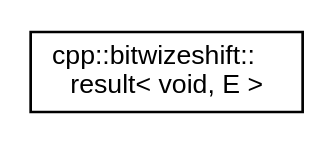
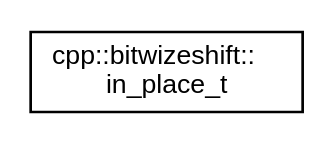
The diagram in api/latest/inherit_graph_7.dot (bitwizeshift/result), drawn with Graphviz before and after one commit. The commit also changed 170 other files, not shown here.

```diff
--- a/api/latest/inherit_graph_7.dot
+++ b/api/latest/inherit_graph_7.dot
@@ -1,7 +1,8 @@
 digraph "Graphical Class Hierarchy"
 {
+ // LATEX_PDF_SIZE
   edge [fontname="Helvetica",fontsize="10",labelfontname="Helvetica",labelfontsize="10"];
   node [fontname="Helvetica",fontsize="10",shape=record];
   rankdir="LR";
-  Node0 [label="cpp::bitwizeshift::\lresult\< void, E \>",height=0.2,width=0.4,color="black", fillcolor="white", style="filled",URL="$df/dae/classcpp_1_1bitwizeshift_1_1result_3_01void_00_01_e_01_4.html",tooltip="Partial specialization of result<void, E> "];
+  Node0 [label="cpp::bitwizeshift::\lin_place_t",height=0.2,width=0.4,color="black", fillcolor="white", style="filled",URL="$d0/d99/structcpp_1_1bitwizeshift_1_1in__place__t.html",tooltip="A structure for representing in-place construction."];
 }
```
